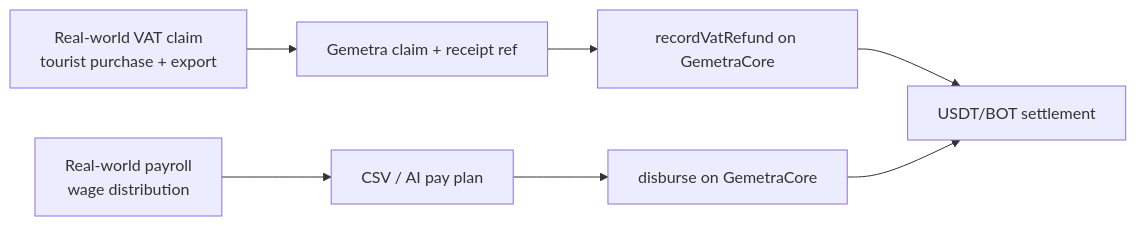
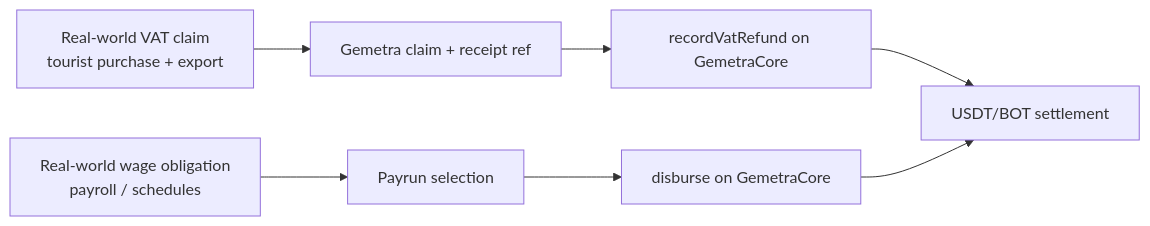
One commit to AmaanSayyad/Gemetra-BotChain changed the first of 2 diagrams in CHALLENGE_SUBMISSION.md. Above: the diagram before and after it, drawn with Mermaid. The commit also changed other lines of this file and 4 other files, not shown here.

````diff
--- a/CHALLENGE_SUBMISSION.md
+++ b/CHALLENGE_SUBMISSION.md
@@ -29,9 +29,9 @@
 ```mermaid
 flowchart LR
   A["Real-world VAT claim<br/>tourist purchase + export"] --> B["Gemetra claim + receipt ref"]
   B --> C["recordVatRefund on GemetraCore"]
   C --> D["USDT/BOT settlement"]
-  E["Real-world payroll<br/>wage distribution"] --> F["CSV / AI pay plan"]
+  E["Real-world wage obligation<br/>payroll / schedules"] --> F["Payrun selection"]
   F --> G["disburse on GemetraCore"]
   G --> D
 ```
````
